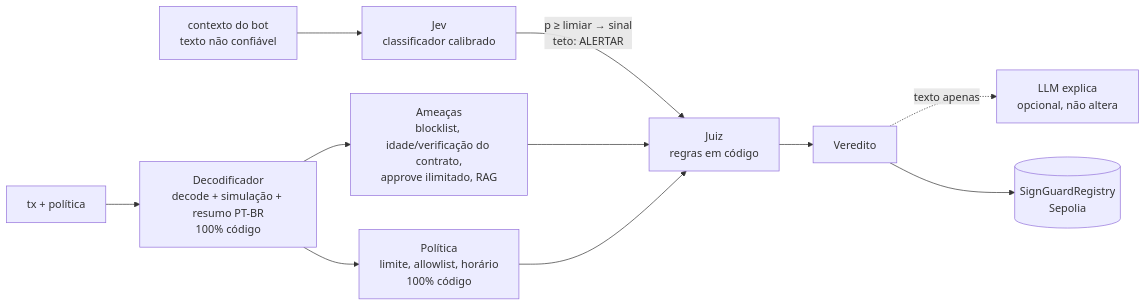
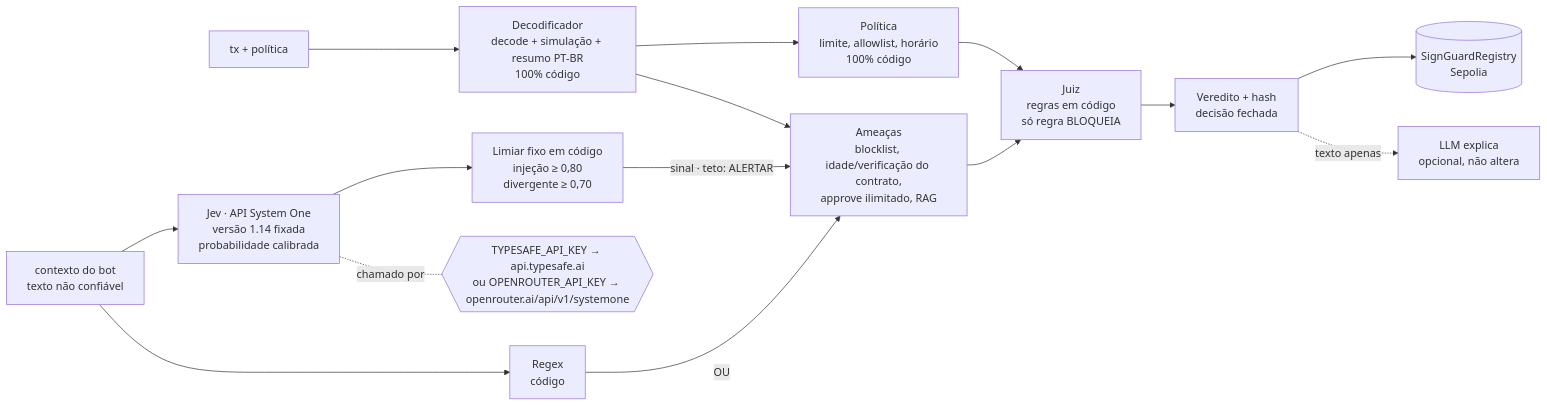
Before and after one commit to rafael-zzz/SignGuard: the diagram in README.md, drawn with Mermaid. The commit also changed other lines of this file and 13 other files, not shown here.

````diff
--- a/README.md
+++ b/README.md
@@ -21,13 +21,17 @@
 ```mermaid
 flowchart LR
   IN[tx + política] --> D[Decodificador<br/>decode + simulação + resumo PT-BR<br/>100% código]
-  CTX[contexto do bot<br/>texto não confiável] --> JEV[Jev<br/>classificador calibrado]
+  CTX[contexto do bot<br/>texto não confiável] --> RX[Regex<br/>código]
+  CTX --> JEV[Jev · API System One<br/>versão 1.14 fixada<br/>probabilidade calibrada]
+  JEV -. chamado por .- KEY{{TYPESAFE_API_KEY → api.typesafe.ai<br/>ou OPENROUTER_API_KEY → openrouter.ai/api/v1/systemone}}
+  JEV --> THR[Limiar fixo em código<br/>injeção ≥ 0,80<br/>divergente ≥ 0,70]
   D --> T[Ameaças<br/>blocklist, idade/verificação do contrato,<br/>approve ilimitado, RAG]
   D --> P[Política<br/>limite, allowlist, horário<br/>100% código]
-  JEV -->|p ≥ limiar → sinal<br/>teto: ALERTAR| J
-  T --> J[Juiz<br/>regras em código]
+  RX -->|OU| T
+  THR -->|sinal · teto: ALERTAR| T
+  T --> J[Juiz<br/>regras em código<br/>só regra BLOQUEIA]
   P --> J
-  J --> OUT[Veredito]
+  J --> OUT[Veredito + hash<br/>decisão fechada]
   OUT -.texto apenas.-> E[LLM explica<br/>opcional, não altera]
   OUT --> R[(SignGuardRegistry<br/>Sepolia)]
 ```
````
